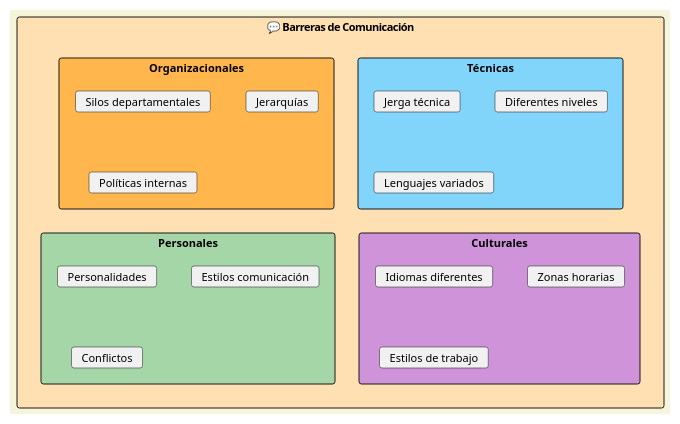
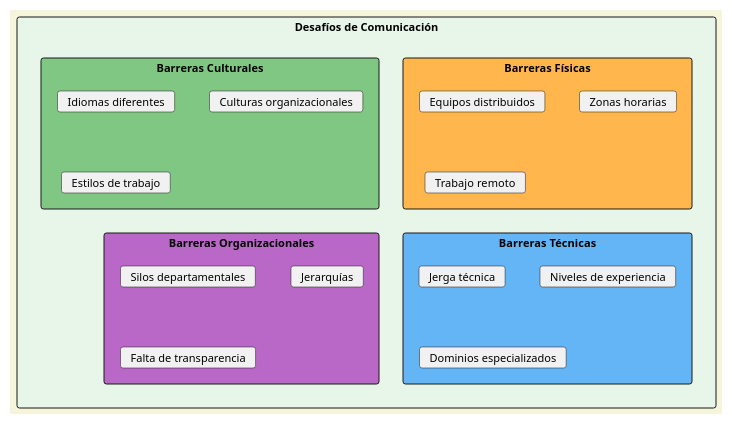
Before and after one commit to deguidev/deguidocs: the fourth of 4 diagrams in src/content/docs/is/ingenieria/desafios-desarrollo.mdx, drawn with PlantUML. The commit also changed other lines of this file and 1 other file, not shown here.

```diff
--- a/src/content/docs/is/ingenieria/desafios-desarrollo.mdx
+++ b/src/content/docs/is/ingenieria/desafios-desarrollo.mdx
@@ -943,31 +268,32 @@
 @startuml
 skinparam backgroundColor beige
 skinparam defaultFontSize 11
 
-rectangle "💬 Barreras de Comunicación" as barreras #FFE0B2 {
-  rectangle "Técnicas" as tec #81D4FA {
-    card "Jerga técnica"
-    card "Diferentes niveles"
-    card "Lenguajes variados"
+rectangle "Desafíos de Comunicación" as comm #E8F5E9 {
+  
+  rectangle "Barreras Físicas" as physical #FFB74D {
+    card "Equipos distribuidos"
+    card "Zonas horarias"
+    card "Trabajo remoto"
   }
   
-  rectangle "Organizacionales" as org #FFB74D {
-    card "Silos departamentales"
-    card "Jerarquías"
-    card "Políticas internas"
-  }
-  
-  rectangle "Culturales" as cult #CE93D8 {
+  rectangle "Barreras Culturales" as cultural #81C784 {
     card "Idiomas diferentes"
-    card "Zonas horarias"
+    card "Culturas organizacionales"
     card "Estilos de trabajo"
   }
   
-  rectangle "Personales" as pers #A5D6A7 {
-    card "Personalidades"
-    card "Estilos comunicación"
-    card "Conflictos"
+  rectangle "Barreras Técnicas" as technical #64B5F6 {
+    card "Jerga técnica"
+    card "Niveles de experiencia"
+    card "Dominios especializados"
+  }
+  
+  rectangle "Barreras Organizacionales" as org #BA68C8 {
+    card "Silos departamentales"
+    card "Jerarquías"
+    card "Falta de transparencia"
   }
 }
 
 @enduml
```
